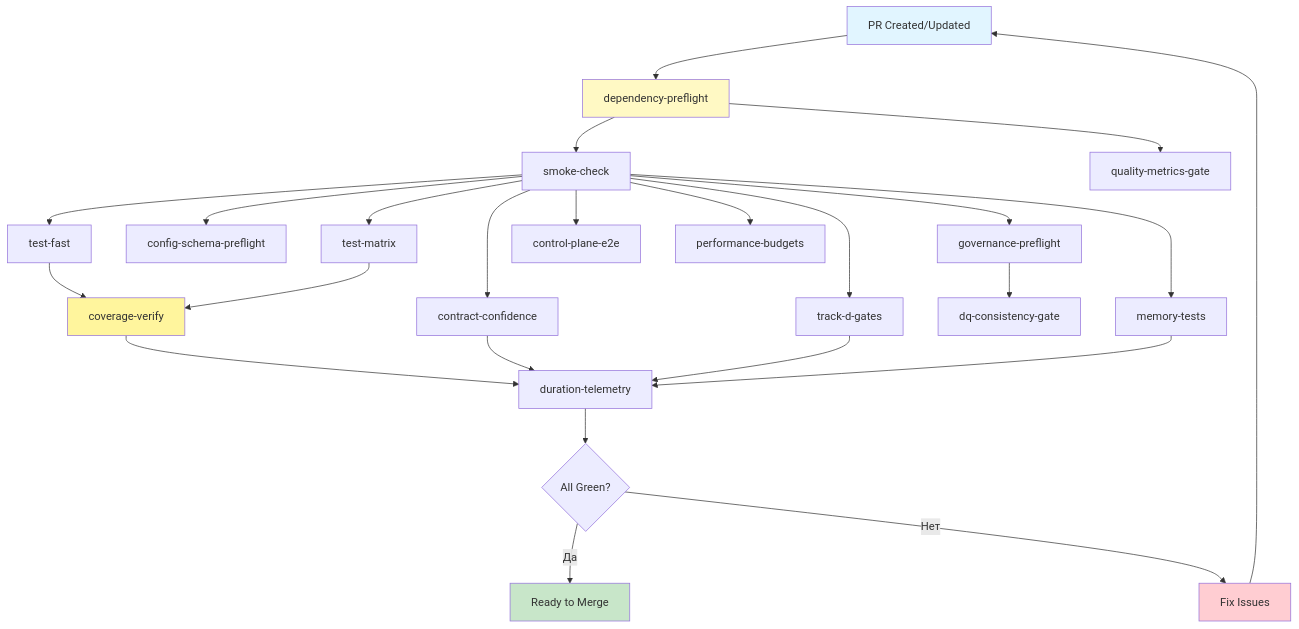
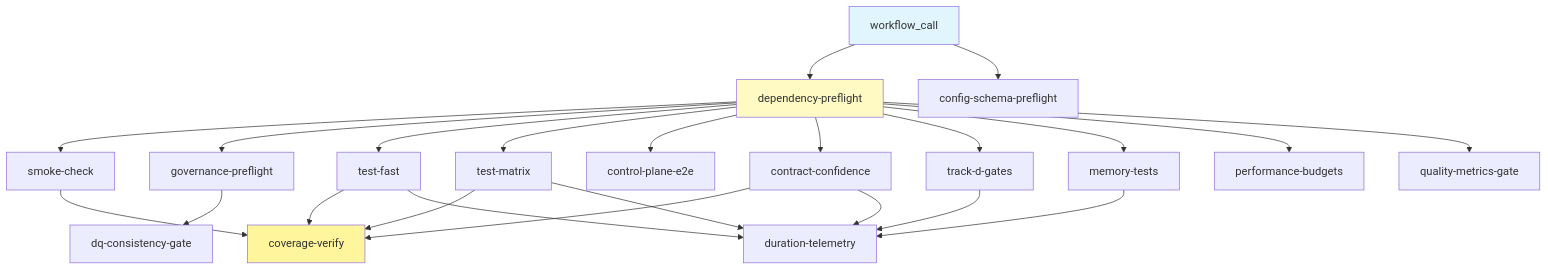
The second of 8 diagrams in docs/03-guides/github-workflow-diagrams.md (SatoryKono/BioactivityDataAcquisition), drawn with Mermaid before and after one commit. The commit also changed other lines of this file and 56 other files, not shown here.

First line of the commit message:
docs(diagrams): align workflow graphs and class slices

````diff
--- a/docs/03-guides/github-workflow-diagrams.md
+++ b/docs/03-guides/github-workflow-diagrams.md
@@ -40,36 +40,33 @@
 ```mermaid
 graph TB
-    START[PR Created/Updated] --> DEP[dependency-preflight]
+    START[workflow_call] --> DEP[dependency-preflight]
+    START --> CONFIG[config-schema-preflight]
+
     DEP --> SMOKE[smoke-check]
-    SMOKE --> GOV[governance-preflight]
-    SMOKE --> CONFIG[config-schema-preflight]
-    SMOKE --> FAST[test-fast]
-    SMOKE --> MATRIX[test-matrix]
-    SMOKE --> E2E[control-plane-e2e]
-    SMOKE --> CONTRACT[contract-confidence]
-    SMOKE --> TRACKD[track-d-gates]
-    SMOKE --> MEMORY[memory-tests]
-    SMOKE --> PERF[performance-budgets]
-    
+    DEP --> GOV[governance-preflight]
+    DEP --> FAST[test-fast]
+    DEP --> MATRIX[test-matrix]
+    DEP --> E2E[control-plane-e2e]
+    DEP --> CONTRACT[contract-confidence]
+    DEP --> TRACKD[track-d-gates]
+    DEP --> MEMORY[memory-tests]
+    DEP --> PERF[performance-budgets]
     DEP --> QM[quality-metrics-gate]
+
     GOV --> DQ[dq-consistency-gate]
-    
-    FAST --> COV[coverage-verify]
+
+    SMOKE --> COV[coverage-verify]
+    FAST --> COV
     MATRIX --> COV
-    
-    COV --> DURATION[duration-telemetry]
-    CONTRACT --> DURATION
+    CONTRACT --> COV
+
+    CONTRACT --> DURATION[duration-telemetry]
     TRACKD --> DURATION
+    FAST --> DURATION
+    MATRIX --> DURATION
     MEMORY --> DURATION
-    
-    DURATION --> END{All Green?}
-    END -->|Да| READY[Ready to Merge]
-    END -->|Нет| FIX[Fix Issues]
-    FIX --> START
-    
+
     style START fill:#e1f5ff
-    style READY fill:#c8e6c9
-    style FIX fill:#ffcdd2
     style DEP fill:#fff9c4
     style COV fill:#fff59d
 ```
````
